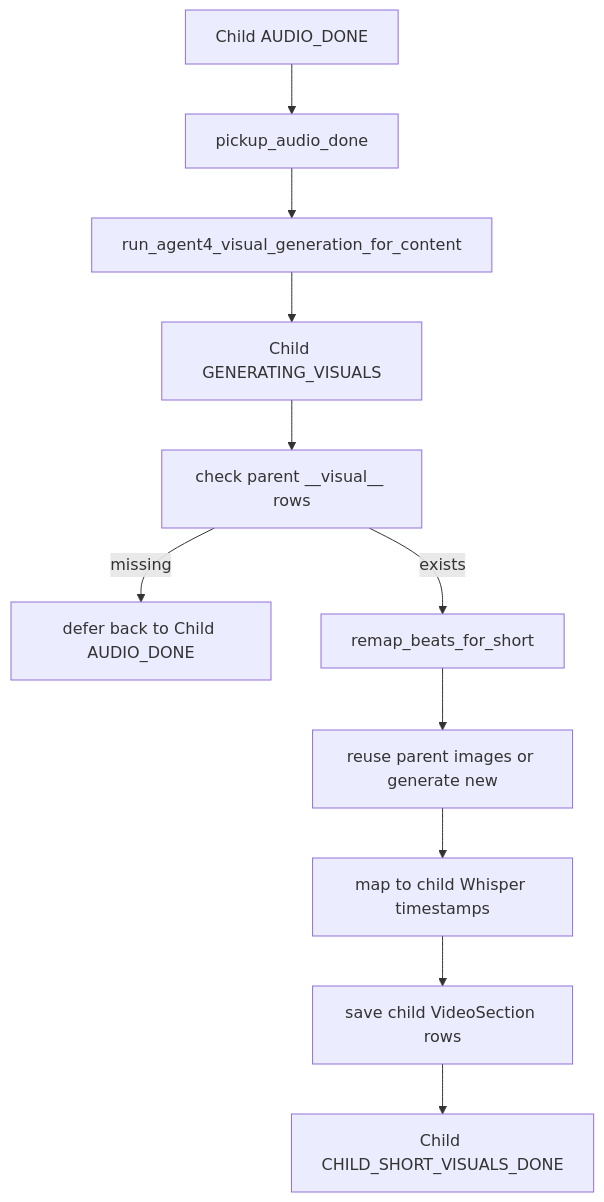
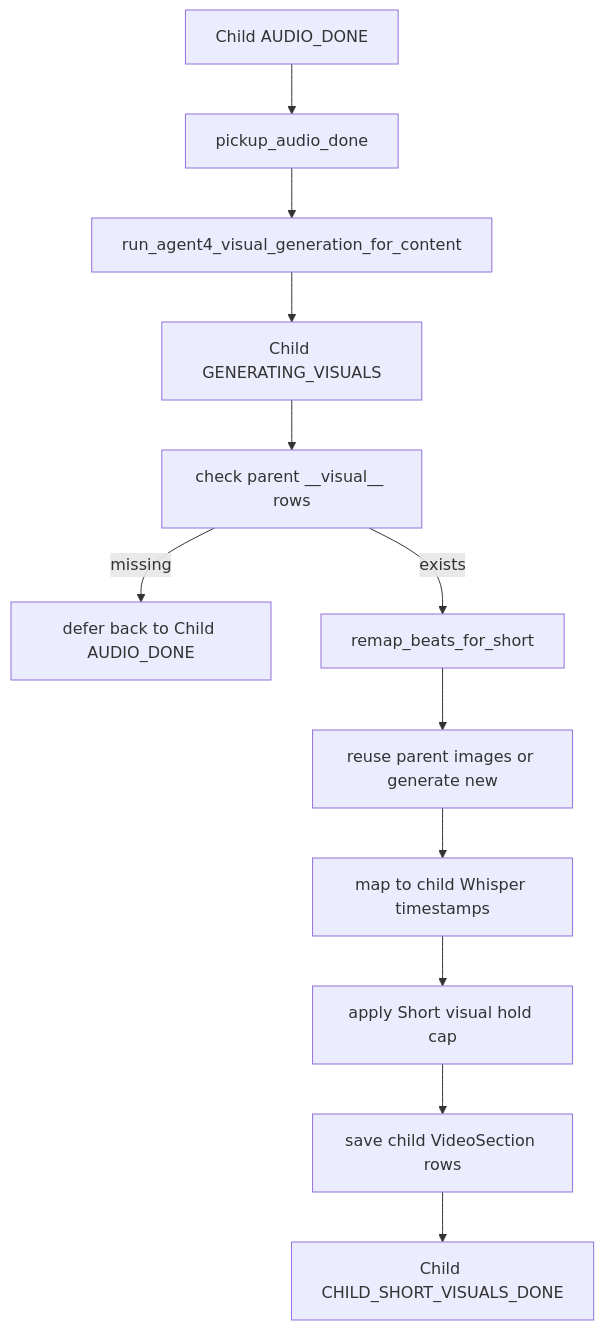
One commit to Hssingr/content-factory changed the sixth of 8 diagrams in CLAUDE.md. Above: the diagram before and after it, drawn with Mermaid. The commit also changed other lines of this file and 31 other files, not shown here.

````diff
--- a/CLAUDE.md
+++ b/CLAUDE.md
@@ -1570,13 +1570,14 @@
 ```mermaid
 flowchart TD
     A[Child AUDIO_DONE] --> B[pickup_audio_done]
     B --> C[run_agent4_visual_generation_for_content]
     C --> C2[Child GENERATING_VISUALS]
     C2 --> D[check parent __visual__ rows]
     D -->|missing| E[defer back to Child AUDIO_DONE]
     D -->|exists| F[remap_beats_for_short]
     F --> G[reuse parent images or generate new]
     G --> H[map to child Whisper timestamps]
-    H --> I[save child VideoSection rows]
+    H --> H2[apply Short visual hold cap]
+    H2 --> I[save child VideoSection rows]
     I --> J[Child CHILD_SHORT_VISUALS_DONE]
 ```
````
